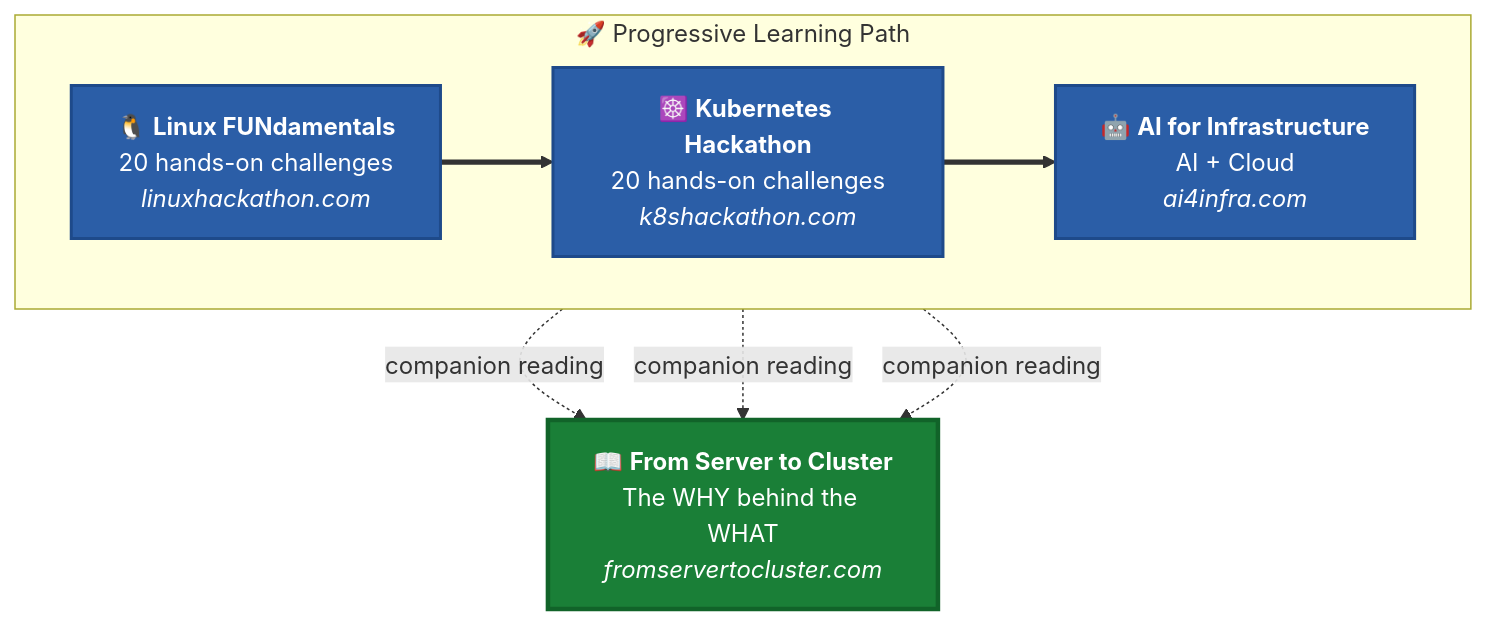
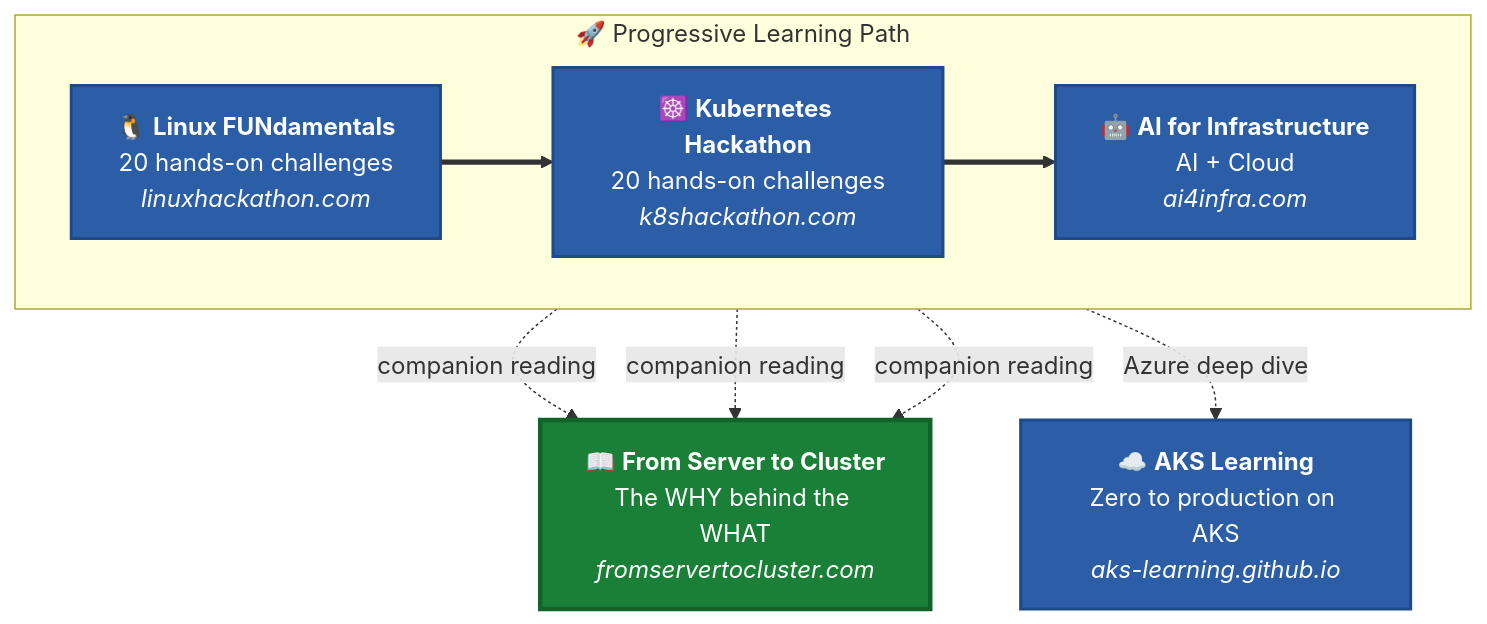
The diagram in README.md (ricmmartins/from-server-to-cluster), drawn with Mermaid before and after one commit. The commit also changed 1 other file, not shown here.

Commit message:
Add AKS Learning reference to learning path

````diff
--- a/README.md
+++ b/README.md
@@ -61,24 +61,28 @@
 ```mermaid
 flowchart TB
     subgraph journey["🚀 Progressive Learning Path"]
         direction LR
         A["🐧 <b>Linux FUNdamentals</b><br/>20 hands-on challenges<br/><i>linuxhackathon.com</i>"] ==> B["☸️ <b>Kubernetes Hackathon</b><br/>20 hands-on challenges<br/><i>k8shackathon.com</i>"] ==> C["🤖 <b>AI for Infrastructure</b><br/>AI + Cloud<br/><i>ai4infra.com</i>"]
     end
 
     A -.->|companion reading| D
     B -.->|companion reading| D
     C -.->|companion reading| D
 
+    B -.->|Azure deep dive| E
+
     D["📖 <b>From Server to Cluster</b><br/>The WHY behind the WHAT<br/><i>fromservertocluster.com</i>"]
+    E["☁️ <b>AKS Learning</b><br/>Zero to production on AKS<br/><i>aks-learning.github.io</i>"]
 
     classDef challenge fill:#2b5ea7,stroke:#1e4a8a,color:#fff,stroke-width:2px
     classDef book fill:#1a7f37,stroke:#116329,color:#fff,stroke-width:3px
 
-    class A,B,C challenge
+    class A,B,C,E challenge
     class D book
 
     click A "https://linuxhackathon.com" _blank
     click B "https://k8shackathon.com" _blank
     click C "https://ai4infra.com" _blank
     click D "https://fromservertocluster.com" _blank
+    click E "https://aks-learning.github.io" _blank
 ```
````
